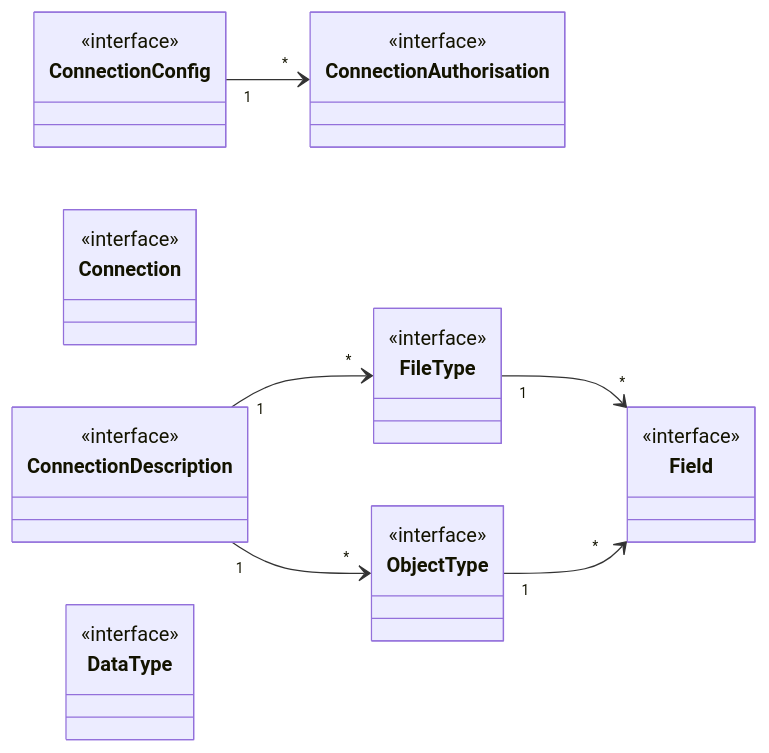
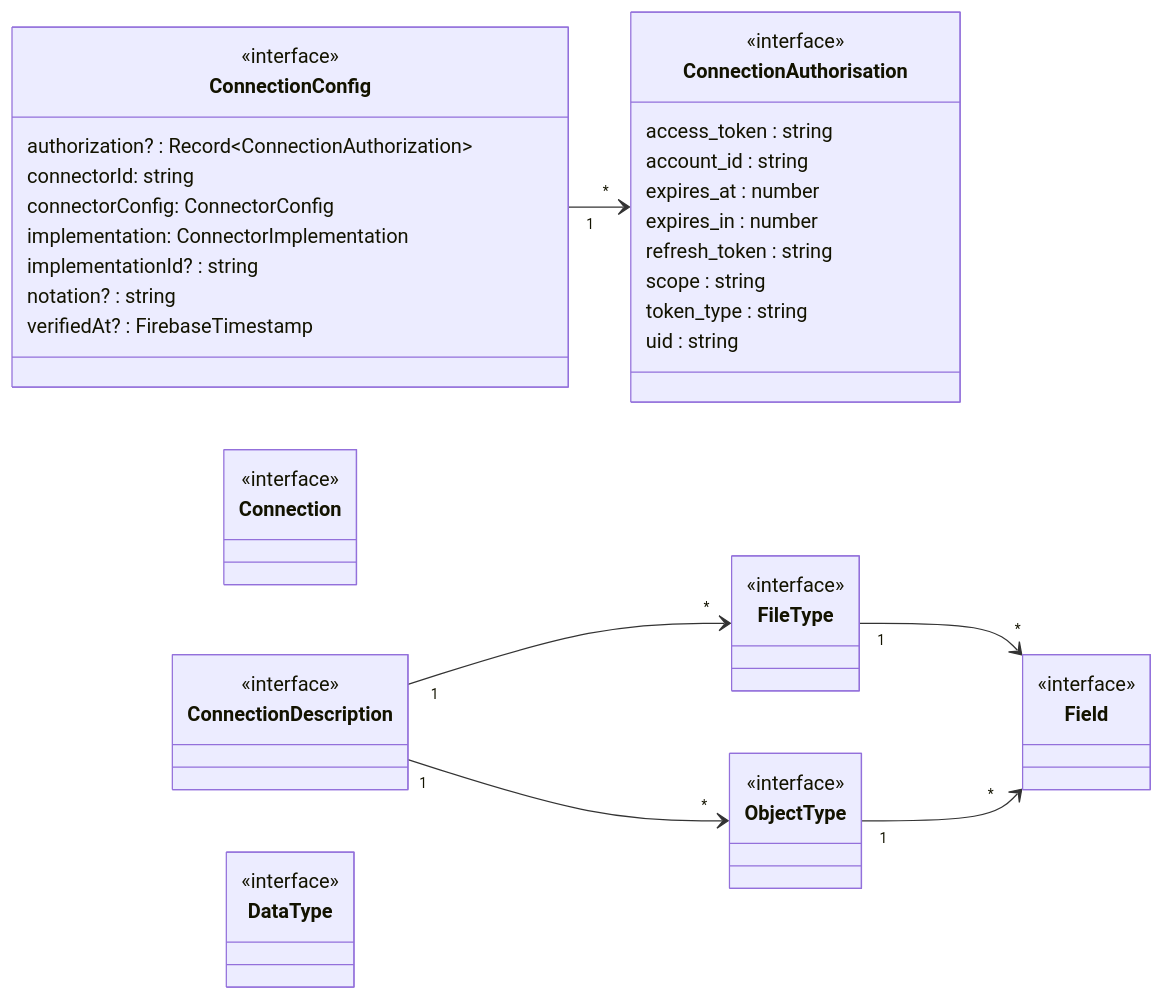
Before and after one commit to data-positioning/datapos-shared: the tenth of 22 diagrams in README.md, drawn with Mermaid. The commit also changed 4 other files, not shown here.

````diff
--- a/README.md
+++ b/README.md
@@ -340,43 +340,58 @@
 ```mermaid
 classDiagram
     direction LR
 
     class ConnectionConfig {
         <<interface>>
+        authorization? : Record~ConnectionAuthorization~
+        connectorId: string
+        connectorConfig: ConnectorConfig
+        implementation: ConnectorImplementation
+        implementationId? : string
+        notation? : string
+        verifiedAt? : FirebaseTimestamp
     }
 
     class ConnectionAuthorisation {
         <<interface>>
+        access_token : string
+        account_id : string
+        expires_at : number
+        expires_in : number
+        refresh_token : string
+        scope : string
+        token_type : string
+        uid : string
     }
 
     ConnectionConfig "1" --> "*" ConnectionAuthorisation
 
     class Connection {
         <<interface>>
     }
 
     class ConnectionDescription {
         <<interface>>
     }
 
     class FileType {
         <<interface>>
     }
 
     class ObjectType {
         <<interface>>
     }
 
     class Field {
         <<interface>>
     }
 
     class DataType {
         <<interface>>
     }
 
     ConnectionDescription "1" --> "*" FileType
     FileType "1" --> "*" Field
     ConnectionDescription "1" --> "*" ObjectType
     ObjectType "1" --> "*" Field
 ```
````
